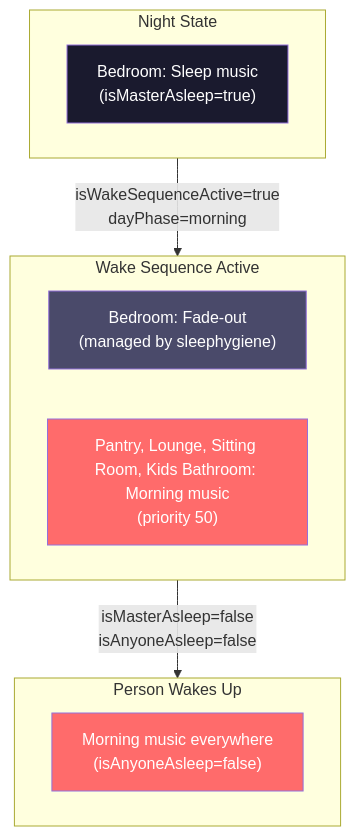
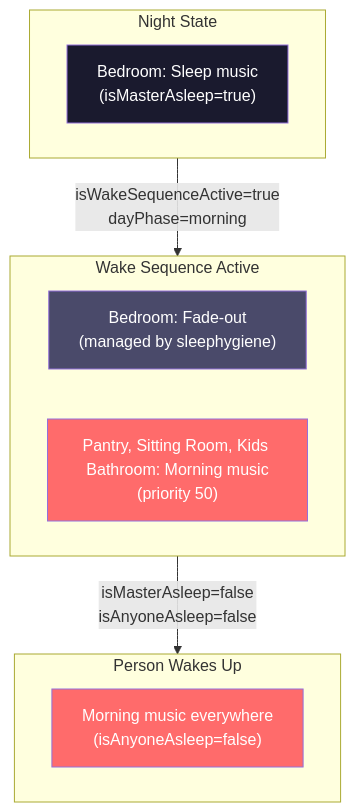
One commit to NickBorgers/home-automation changed the seventh of 7 diagrams in docs/flows/DAY_PHASE_MODES.md. Above: the diagram before and after it, drawn with Mermaid. The commit also changed other lines of this file and 2 other files, not shown here.

First line of the commit message:
fix(music): take Lounge out of all modes until WiFi is ready (#1208)

````diff
--- a/docs/flows/DAY_PHASE_MODES.md
+++ b/docs/flows/DAY_PHASE_MODES.md
@@ -307,23 +307,23 @@
 ```mermaid
 flowchart TB
     subgraph Initial["Night State"]
         sleepBed["Bedroom: Sleep music<br/>(isMasterAsleep=true)"]
     end
 
     subgraph WakeSequence["Wake Sequence Active"]
         fadeBed["Bedroom: Fade-out<br/>(managed by sleephygiene)"]
-        morningRest["Pantry, Lounge, Sitting Room, Kids Bathroom: Morning music<br/>(priority 50)"]
+        morningRest["Pantry, Sitting Room, Kids Bathroom: Morning music<br/>(priority 50)"]
     end
 
     subgraph FullyAwake["Person Wakes Up"]
         morningAll["Morning music everywhere<br/>(isAnyoneAsleep=false)"]
     end
 
     Initial -->|"isWakeSequenceActive=true<br/>dayPhase=morning"| WakeSequence
     WakeSequence -->|"isMasterAsleep=false<br/>isAnyoneAsleep=false"| FullyAwake
 
     style sleepBed fill:#1a1a2e,color:#fff
     style fadeBed fill:#4a4a6a,color:#fff
     style morningRest fill:#ff6b6b,color:#fff
     style morningAll fill:#ff6b6b,color:#fff
 ```
````
